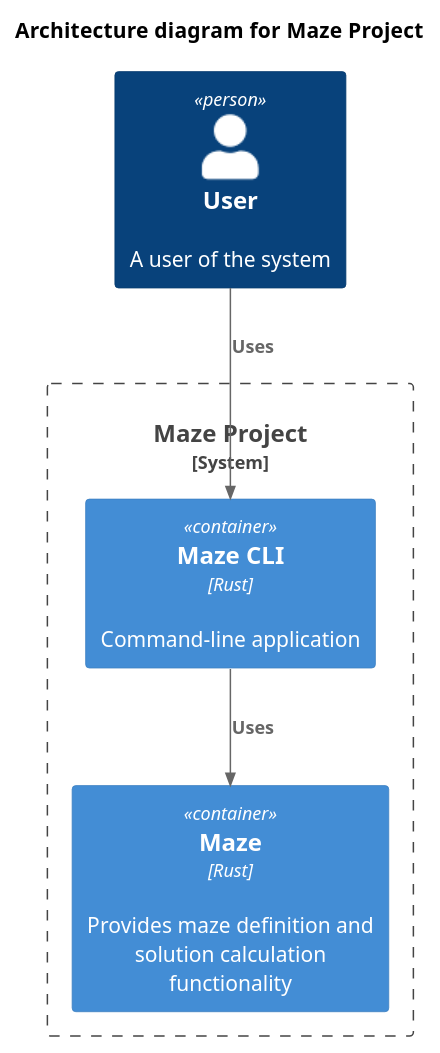
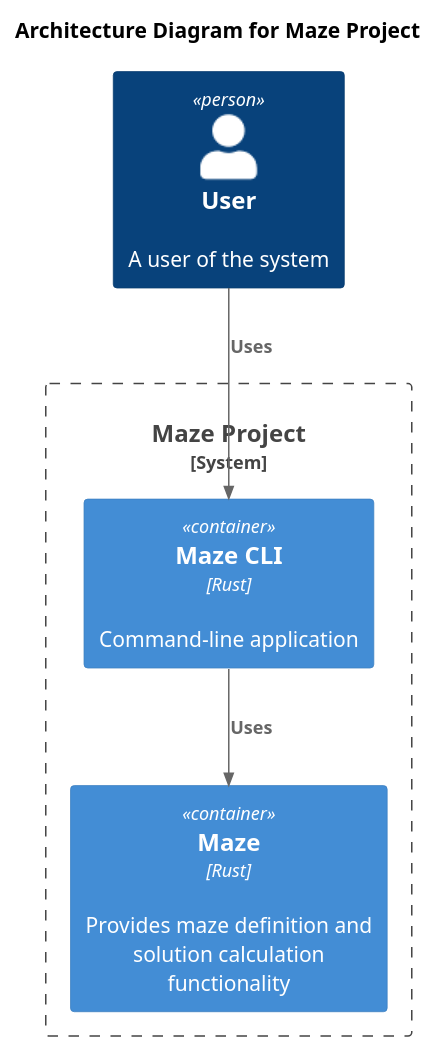
One commit to budgiedownunder/maze changed the diagram in docs/diagrams/architecture.puml. Above: the diagram before and after it, drawn with PlantUML.

Commit message:
Update architecture diagram title

```diff
--- a/docs/diagrams/architecture.puml
+++ b/docs/diagrams/architecture.puml
@@ -1,15 +1,15 @@
 @startuml
 
 !include https://raw.githubusercontent.com/plantuml-stdlib/C4-PlantUML/master/C4_Container.puml
 
-title Architecture  diagram for Maze Project
+title Architecture Diagram for Maze Project
 
 Person(user, "User", "A user of the system")
 System_Boundary(c1, "Maze Project") {
     Container(cli_app, "Maze CLI", "Rust", "Command-line application ")
     Container(maze_library, "Maze", "Rust", "Provides maze definition and solution calculation functionality")
 }
 
 Rel(user, cli_app, "Uses")
 Rel(cli_app, maze_library, "Uses")
 @enduml
```
